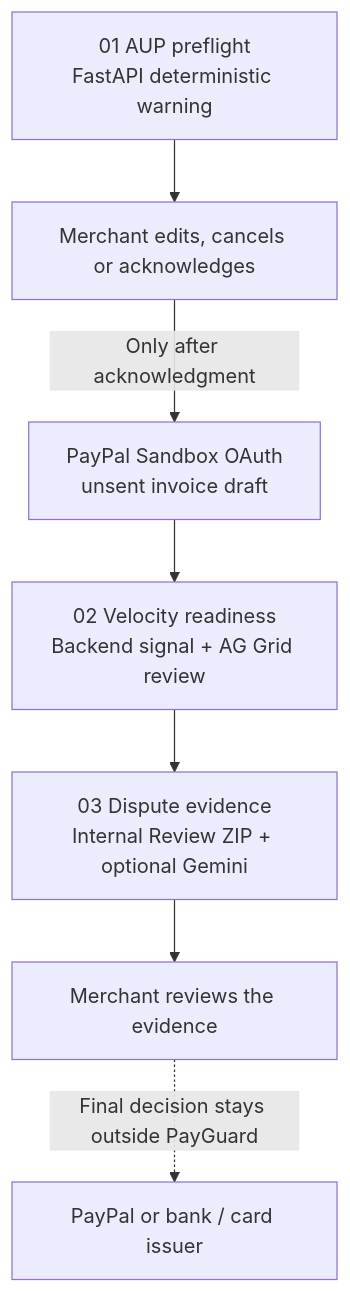
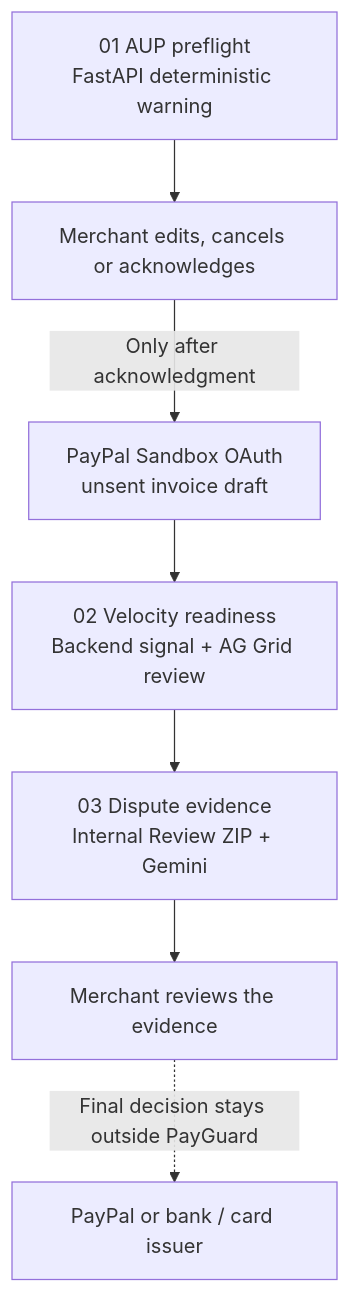
Before and after one commit to jiarong0423/payguard-ai: the diagram in README.md, drawn with Mermaid. The commit also changed other lines of this file and 2 other files, not shown here.

Commit message:
README: describe Gemini as part of the dispute stage rather than an optional extra; point the Gemini setup to the Prerequisites section

````diff
--- a/README.md
+++ b/README.md
@@ -37,9 +37,9 @@
 ```mermaid
 flowchart TB
     A["01 AUP preflight<br/>FastAPI deterministic warning"] --> H1["Merchant edits, cancels or acknowledges"]
     H1 -->|Only after acknowledgment| S["PayPal Sandbox OAuth<br/>unsent invoice draft"]
     S --> B["02 Velocity readiness<br/>Backend signal + AG Grid review"]
-    B --> C["03 Dispute evidence<br/>Internal Review ZIP + optional Gemini"]
+    B --> C["03 Dispute evidence<br/>Internal Review ZIP + Gemini"]
     C --> H2["Merchant reviews the evidence"]
     H2 -.->|Final decision stays outside PayGuard| P["PayPal or bank / card issuer"]
 ```
````
